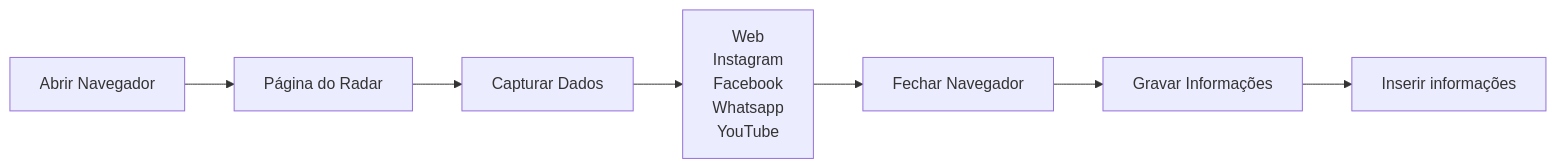
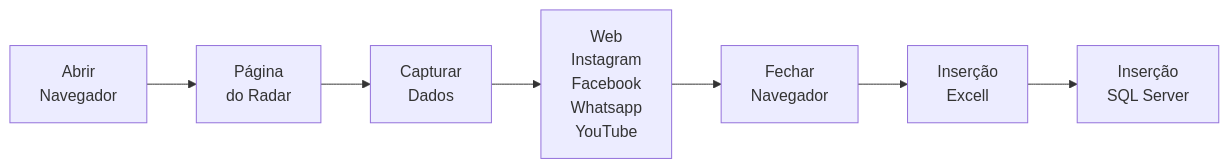
Before and after one commit to sdrariane/tcc_unip_2023: the first of 4 diagrams in README.md, drawn with Mermaid. The commit also changed other lines of this file, not shown here.

````diff
--- a/README.md
+++ b/README.md
@@ -109,26 +109,32 @@
 ```mermaid
 
 %%{init: {"flowchart": {"htmlLabels": false}} }%%
 flowchart LR
-webStart["Abrir Navegador"]
-aosFatos["Página do Radar"]
-captureData["Capturar Dados"]
+webStart["Abrir
+Navegador"]
+aosFatos["Página
+do Radar"]
+captureData["Capturar
+Dados"]
 socialMedia["
 Web
 Instagram
 Facebook
 Whatsapp
 YouTube
 "]
 
-webEnd["Fechar Navegador"]
-excell["Gravar Informações"]
-sqlServer["Inserir informações"]
+webEnd["Fechar
+Navegador"]
+excell["Inserção
+Excell"]
+sqlServer["Inserção
+SQL Server"]
     
 webStart --> aosFatos
 aosFatos --> captureData
 captureData --> socialMedia
 socialMedia --> webEnd
 webEnd --> excell
 excell --> sqlServer
 ```
````
